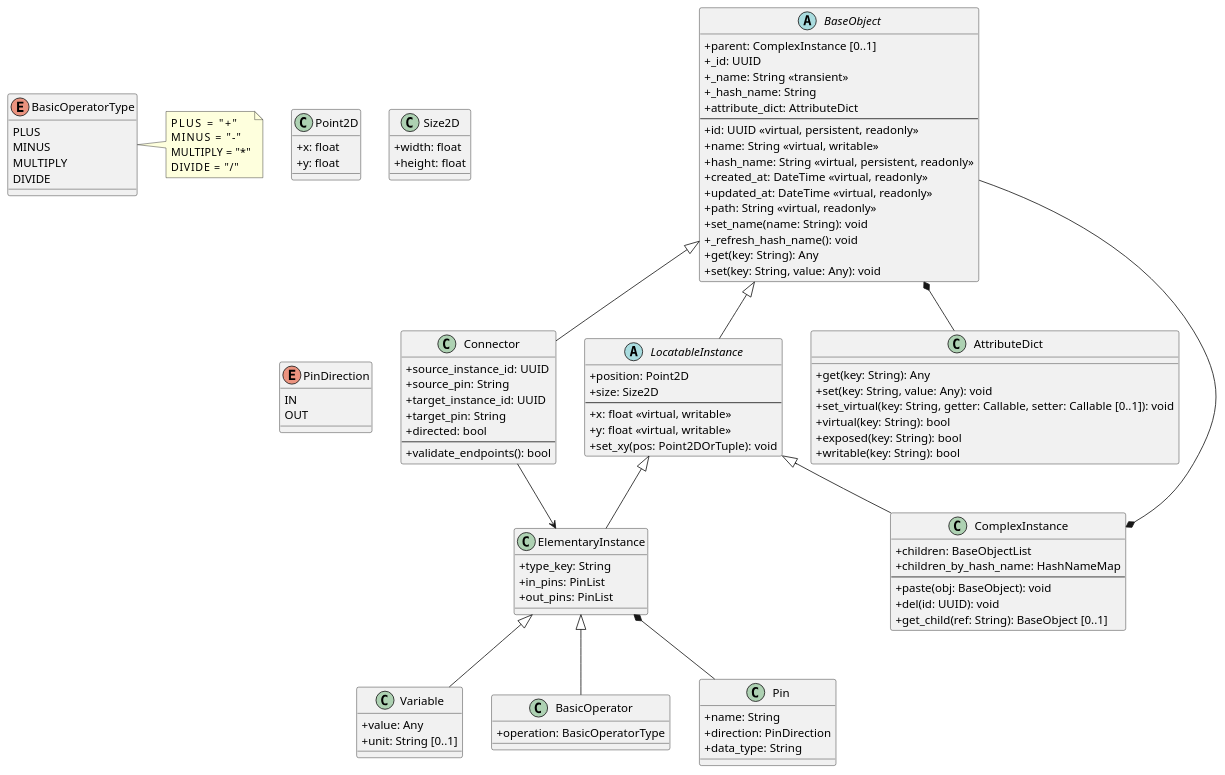
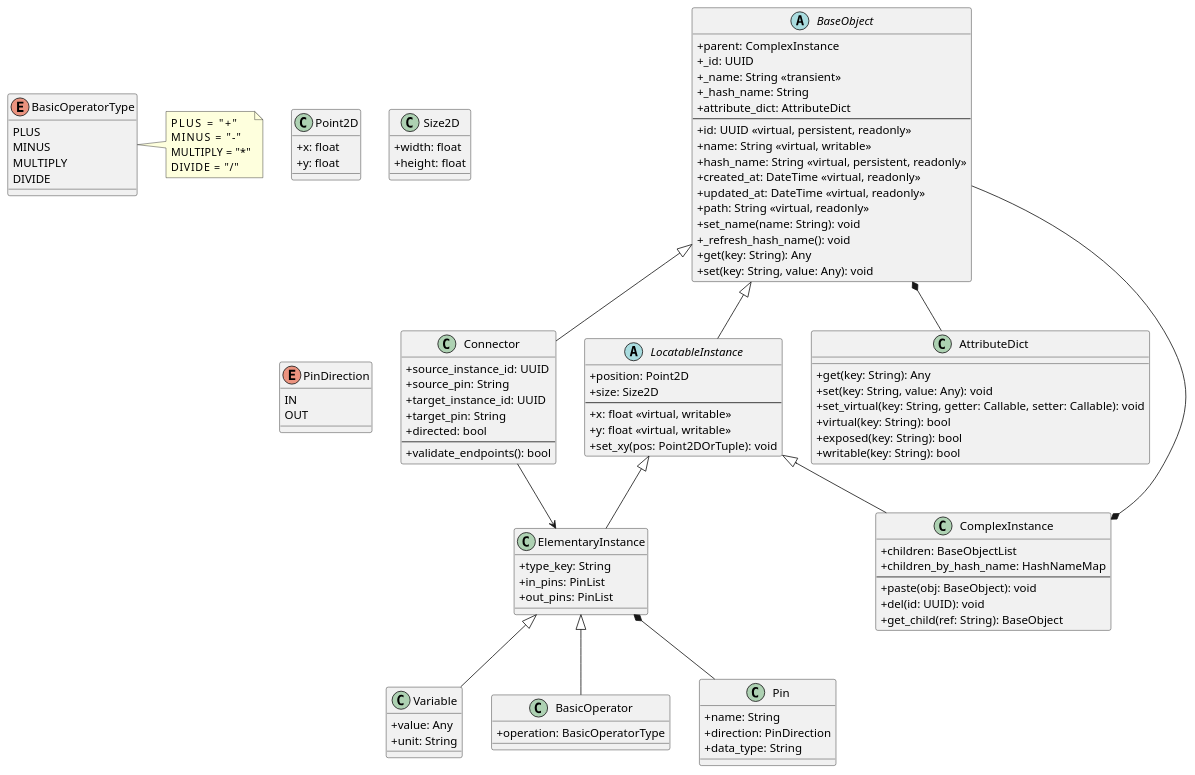
The diagram in docs/concepts/data_model_uml.puml (synarius-project/synarius-core), drawn with PlantUML before and after one commit. The commit also changed 2 other files, not shown here.

```diff
--- a/docs/concepts/data_model_uml.puml
+++ b/docs/concepts/data_model_uml.puml
@@ -1,122 +1,122 @@
 @startuml DataModel
 skinparam classAttributeIconSize 0
 
 abstract class BaseObject {
-  +parent: ComplexInstance [0..1]
+  +parent: ComplexInstance
   +_id: UUID
   +_name: String <<transient>>
   +_hash_name: String
   +attribute_dict: AttributeDict
   --
   +id: UUID <<virtual, persistent, readonly>>
   +name: String <<virtual, writable>>
   +hash_name: String <<virtual, persistent, readonly>>
   +created_at: DateTime <<virtual, readonly>>
   +updated_at: DateTime <<virtual, readonly>>
   +path: String <<virtual, readonly>>
   +set_name(name: String): void
   +_refresh_hash_name(): void
   +get(key: String): Any
   +set(key: String, value: Any): void
 }
 
 abstract class LocatableInstance {
   +position: Point2D
   +size: Size2D
   --
   +x: float <<virtual, writable>>
   +y: float <<virtual, writable>>
   +set_xy(pos: Point2DOrTuple): void
 }
 
 class ElementaryInstance {
   +type_key: String
   +in_pins: PinList
   +out_pins: PinList
 }
 
 class Variable {
   +value: Any
-  +unit: String [0..1]
+  +unit: String
 }
 
 class BasicOperator {
   +operation: BasicOperatorType
 }
 
 class ComplexInstance {
   +children: BaseObjectList
   +children_by_hash_name: HashNameMap
   --
   +paste(obj: BaseObject): void
   +del(id: UUID): void
-  +get_child(ref: String): BaseObject [0..1]
+  +get_child(ref: String): BaseObject
 }
 
 class Connector {
   +source_instance_id: UUID
   +source_pin: String
   +target_instance_id: UUID
   +target_pin: String
   +directed: bool
   --
   +validate_endpoints(): bool
 }
 
 class Pin {
   +name: String
   +direction: PinDirection
   +data_type: String
 }
 
 class Point2D {
   +x: float
   +y: float
 }
 
 class Size2D {
   +width: float
   +height: float
 }
 
 enum PinDirection {
   IN
   OUT
 }
 
 enum BasicOperatorType {
   PLUS
   MINUS
   MULTIPLY
   DIVIDE
 }
 
 note right of BasicOperatorType
   PLUS      = "+"
   MINUS     = "-"
   MULTIPLY  = "*"
   DIVIDE    = "/"
 end note
 
 class AttributeDict {
   +get(key: String): Any
   +set(key: String, value: Any): void
-  +set_virtual(key: String, getter: Callable, setter: Callable [0..1]): void
+  +set_virtual(key: String, getter: Callable, setter: Callable): void
   +virtual(key: String): bool
   +exposed(key: String): bool
   +writable(key: String): bool
 }
 
 BaseObject <|-- LocatableInstance
 LocatableInstance <|-- ElementaryInstance
 LocatableInstance <|-- ComplexInstance
 ElementaryInstance <|-- Variable
 ElementaryInstance <|-- BasicOperator
 BaseObject <|-- Connector
 
 ComplexInstance *-- BaseObject
 ElementaryInstance *-- Pin
 BaseObject *-- AttributeDict
+Connector --> ElementaryInstance
 
-Connector --> ElementaryInstance
 @enduml
```
